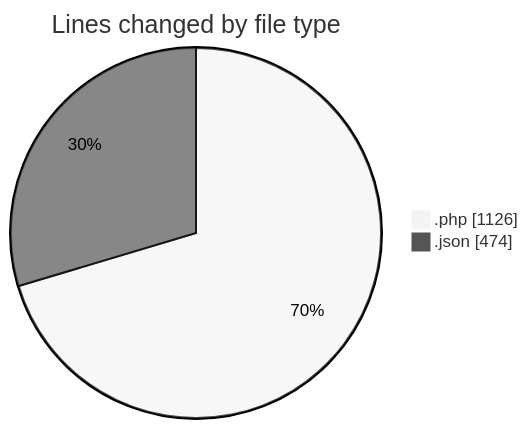
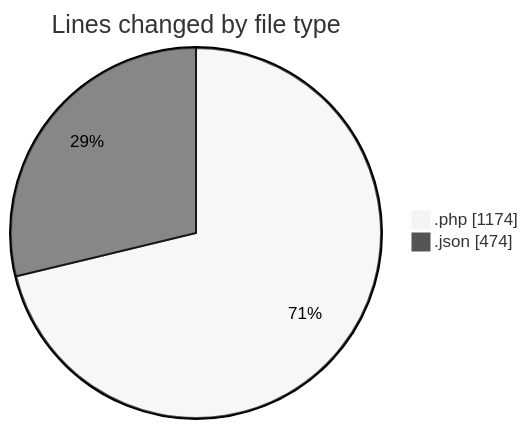
Before and after one commit to idhammustaqopulfikri/code-tracking: the first of 2 diagrams in 2025-06-02/studio-backend/README.md, drawn with Mermaid (neutral theme). The commit also changed other lines of this file and 1 other file, not shown here.

````diff
--- a/2025-06-02/studio-backend/README.md
+++ b/2025-06-02/studio-backend/README.md
@@ -35,6 +36,6 @@
 ```mermaid
 pie showData
 title Lines changed by file type
-".php" : 1126
+".php" : 1174
 ".json" : 474
 ```
````
